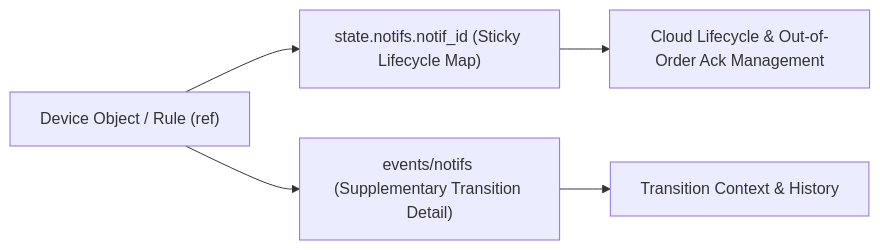
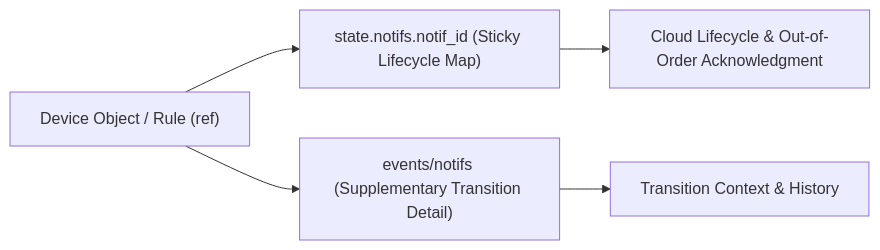
Before and after one commit to grafnu/udmi: the diagram in docs/specs/notifs.md, drawn with Mermaid. The commit also changed other lines of this file, not shown here.

Commit message:
Present notifs spec as clean-slate architectural analysis

````diff
--- a/docs/specs/notifs.md
+++ b/docs/specs/notifs.md
@@ -19,7 +19,7 @@
 ```mermaid
 flowchart LR
   ref["Device Object / Rule (ref)"] --> stateMap["state.notifs.notif_id (Sticky Lifecycle Map)"]
   ref --> eventStream["events/notifs (Supplementary Transition Detail)"]
-  stateMap --> lifecycle["Cloud Lifecycle & Out-of-Order Ack Management"]
+  stateMap --> lifecycle["Cloud Lifecycle & Out-of-Order Acknowledgment"]
   eventStream --> audit["Transition Context & History"]
 ```
````
